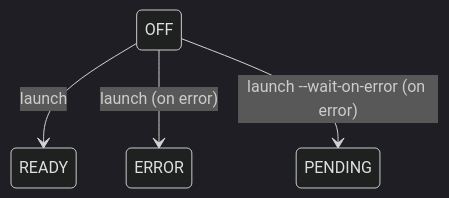
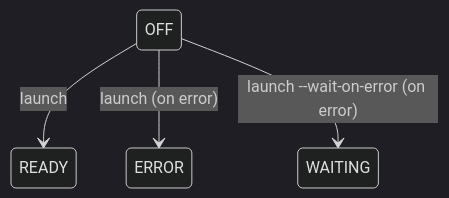
Before and after one commit to locnnil/workshop: the first of 5 diagrams in docs/reference/workshop-status.rst, drawn with Mermaid (dark theme). The commit also changed other lines of this file and 21 other files, not shown here.

Commit message:
Split Pending status into Pending and Waiting

```diff
--- a/docs/reference/workshop-status.rst
+++ b/docs/reference/workshop-status.rst
@@ -23,9 +23,9 @@
 .. mermaid::
    :alt: Off state
    :caption: Off state
    :align: center
 
    stateDiagram-v2
        OFF --> READY: launch
        OFF --> ERROR: launch (on error)
-       OFF --> PENDING: launch --wait-on-error (on error)
+       OFF --> WAITING: launch --wait-on-error (on error)
```
